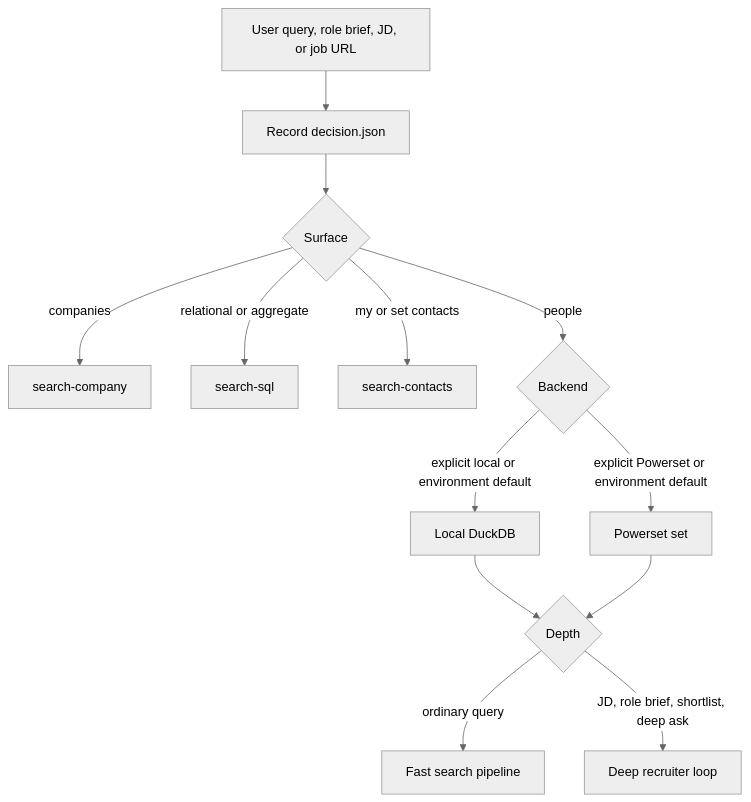
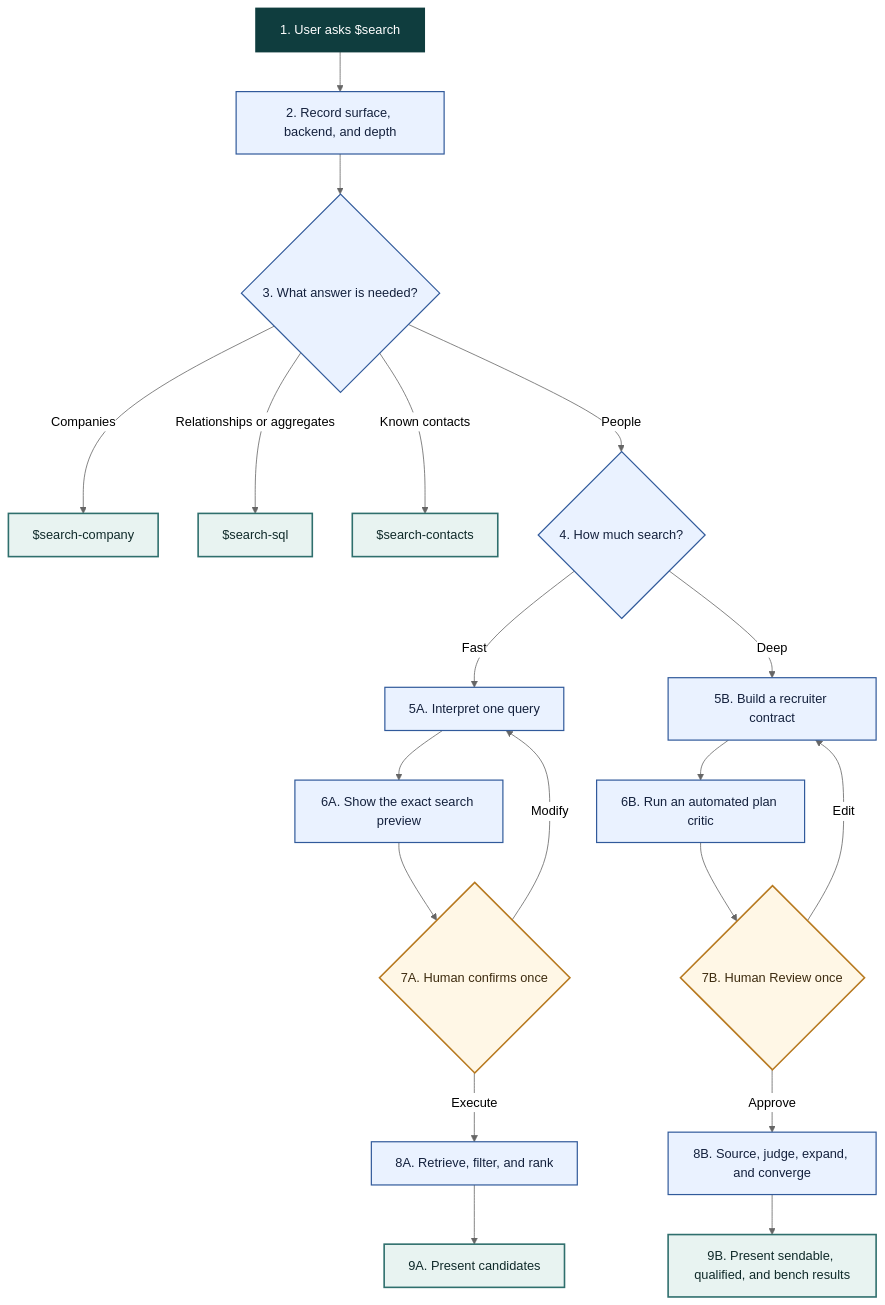
Before and after one commit to powerset-co/powerpacks: the first of 3 diagrams in packs/search/docs/search-architecture.md, drawn with Mermaid (neutral theme). The commit also changed other lines of this file and 25 other files, not shown here.

Commit message:
docs(search): explain recruiter search and Modal indexing

````diff
--- a/packs/search/docs/search-architecture.md
+++ b/packs/search/docs/search-architecture.md
@@ -31,15 +34,33 @@
 ```mermaid
 flowchart TD
-    Q[User query, role brief, JD, or job URL] --> D[Record decision.json]
-    D --> S{Surface}
-    S -->|companies| C[search-company]
-    S -->|relational or aggregate| SQL[search-sql]
-    S -->|my or set contacts| CT[search-contacts]
-    S -->|people| B{Backend}
-    B -->|explicit local or environment default| L[Local DuckDB]
-    B -->|explicit Powerset or environment default| P[Powerset set]
-    L --> DEPTH{Depth}
-    P --> DEPTH
-    DEPTH -->|ordinary query| FAST[Fast search pipeline]
-    DEPTH -->|JD, role brief, shortlist, deep ask| DEEP[Deep recruiter loop]
+    ASK[1. User asks $search] --> DECIDE[2. Record surface, backend, and depth]
+    DECIDE --> SURFACE{3. What answer is needed?}
+
+    SURFACE -->|Companies| COMPANY[$search-company]
+    SURFACE -->|Relationships or aggregates| SQL[$search-sql]
+    SURFACE -->|Known contacts| CONTACTS[$search-contacts]
+    SURFACE -->|People| DEPTH{4. How much search?}
+
+    DEPTH -->|Fast| INTERPRET[5A. Interpret one query]
+    INTERPRET --> PREVIEW[6A. Show the exact search preview]
+    PREVIEW --> FASTREVIEW{7A. Human confirms once}
+    FASTREVIEW -->|Modify| INTERPRET
+    FASTREVIEW -->|Execute| FASTRUN[8A. Retrieve, filter, and rank]
+    FASTRUN --> FASTRESULT[9A. Present candidates]
+
+    DEPTH -->|Deep| PLAN[5B. Build a recruiter contract]
+    PLAN --> CRITIC[6B. Run an automated plan critic]
+    CRITIC --> DEEPREVIEW{7B. Human Review once}
+    DEEPREVIEW -->|Edit| PLAN
+    DEEPREVIEW -->|Approve| DEEPRUN[8B. Source, judge, expand, and converge]
+    DEEPRUN --> DEEPRESULT[9B. Present sendable, qualified, and bench results]
+
+    classDef start fill:#0f3d3e,color:#ffffff,stroke:#0f3d3e,stroke-width:2px;
+    classDef decision fill:#eaf2ff,color:#14213d,stroke:#315a9b,stroke-width:1.5px;
+    classDef review fill:#fff7e6,color:#3d2b0f,stroke:#b7791f,stroke-width:2px;
+    classDef result fill:#e8f3f1,color:#102a2a,stroke:#2f6f6d,stroke-width:2px;
+    class ASK start;
+    class DECIDE,SURFACE,DEPTH,INTERPRET,PREVIEW,FASTRUN,PLAN,CRITIC,DEEPRUN decision;
+    class FASTREVIEW,DEEPREVIEW review;
+    class COMPANY,SQL,CONTACTS,FASTRESULT,DEEPRESULT result;
 ```
````
